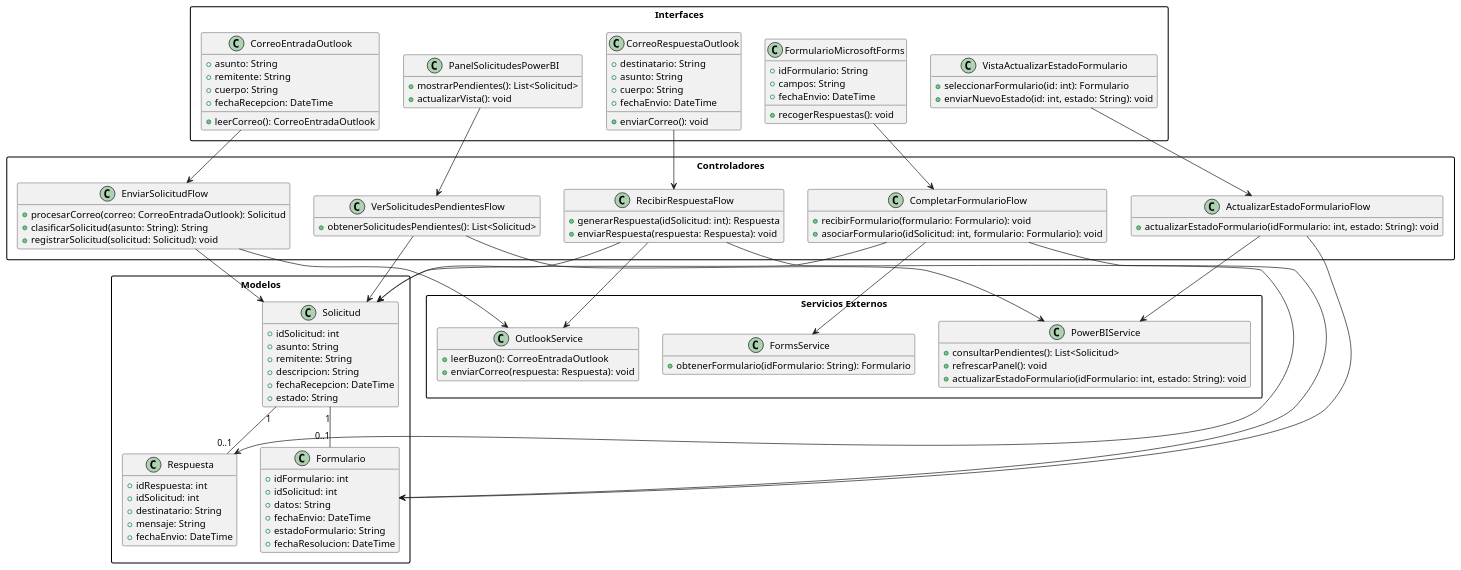
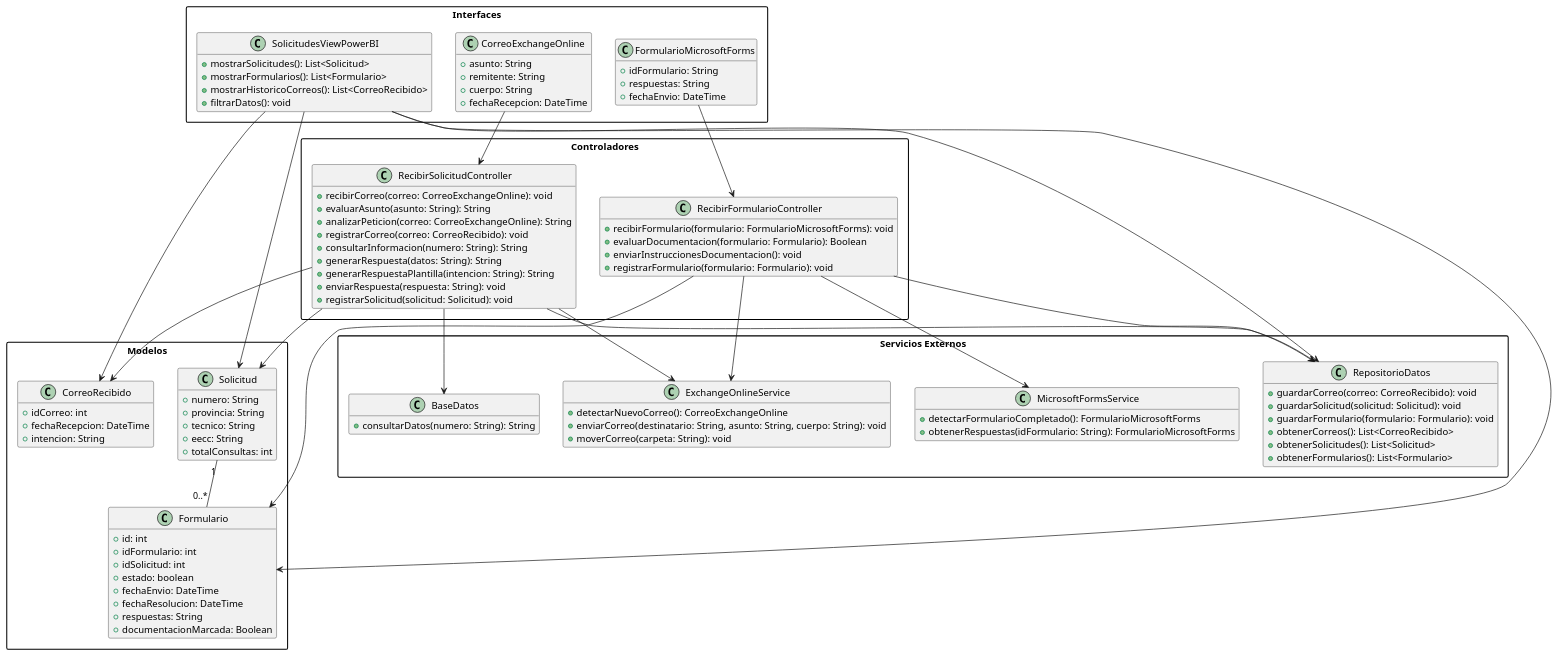
The diagram in Estudiantes/jorge-otero/capitulo3/DdC_Diseno/codigo/Diagrama_Clases_Diseno.puml (ceesargaarcia/GII-TFG-2026), drawn with PlantUML before and after one commit. The commit also changed 24 other files, not shown here.

Commit message:
Diagramas de Secuencia

```diff
--- a/Estudiantes/jorge-otero/capitulo3/DdC_Diseno/codigo/Diagrama_Clases_Diseno.puml
+++ b/Estudiantes/jorge-otero/capitulo3/DdC_Diseno/codigo/Diagrama_Clases_Diseno.puml
@@ -1,139 +1,129 @@
 @startuml Diagrama_Clases_Diseno
+
 top to bottom direction
 skinparam packageStyle rectangle
 hide empty members
 
 package "Interfaces" {
 
-  class CorreoEntradaOutlook {
+  class CorreoExchangeOnline {
     + asunto: String
     + remitente: String
     + cuerpo: String
     + fechaRecepcion: DateTime
-    + leerCorreo(): CorreoEntradaOutlook
-  }
-
-  class CorreoRespuestaOutlook {
-    + destinatario: String
-    + asunto: String
-    + cuerpo: String
-    + fechaEnvio: DateTime
-    + enviarCorreo(): void
   }
 
   class FormularioMicrosoftForms {
     + idFormulario: String
-    + campos: String
+    + respuestas: String
     + fechaEnvio: DateTime
-    + recogerRespuestas(): void
   }
 
-  class PanelSolicitudesPowerBI {
-    + mostrarPendientes(): List<Solicitud>
-    + actualizarVista(): void
-  }
-
-  class VistaActualizarEstadoFormulario {
-    + seleccionarFormulario(id: int): Formulario
-    + enviarNuevoEstado(id: int, estado: String): void
+  class SolicitudesViewPowerBI {
+    + mostrarSolicitudes(): List<Solicitud>
+    + mostrarFormularios(): List<Formulario>
+    + mostrarHistoricoCorreos(): List<CorreoRecibido>
+    + filtrarDatos(): void
   }
 }
 
 package "Controladores" {
 
-  class EnviarSolicitudFlow {
-    + procesarCorreo(correo: CorreoEntradaOutlook): Solicitud
-    + clasificarSolicitud(asunto: String): String
+  class RecibirSolicitudController {
+    + recibirCorreo(correo: CorreoExchangeOnline): void
+    + evaluarAsunto(asunto: String): String
+    + analizarPeticion(correo: CorreoExchangeOnline): String
+    + registrarCorreo(correo: CorreoRecibido): void
+    + consultarInformacion(numero: String): String
+    + generarRespuesta(datos: String): String
+    + generarRespuestaPlantilla(intencion: String): String
+    + enviarRespuesta(respuesta: String): void
     + registrarSolicitud(solicitud: Solicitud): void
   }
 
-  class RecibirRespuestaFlow {
-    + generarRespuesta(idSolicitud: int): Respuesta
-    + enviarRespuesta(respuesta: Respuesta): void
-  }
-
-  class CompletarFormularioFlow {
-    + recibirFormulario(formulario: Formulario): void
-    + asociarFormulario(idSolicitud: int, formulario: Formulario): void
-  }
-
-  class VerSolicitudesPendientesFlow {
-    + obtenerSolicitudesPendientes(): List<Solicitud>
-  }
-
-  class ActualizarEstadoFormularioFlow {
-    + actualizarEstadoFormulario(idFormulario: int, estado: String): void
+  class RecibirFormularioController {
+    + recibirFormulario(formulario: FormularioMicrosoftForms): void
+    + evaluarDocumentacion(formulario: Formulario): Boolean
+    + enviarInstruccionesDocumentacion(): void
+    + registrarFormulario(formulario: Formulario): void
   }
 }
 
 package "Modelos" {
 
+  class CorreoRecibido {
+    + idCorreo: int
+    + fechaRecepcion: DateTime
+    + intencion: String
+  }
+
   class Solicitud {
-    + idSolicitud: int
-    + asunto: String
-    + remitente: String
-    + descripcion: String
-    + fechaRecepcion: DateTime
-    + estado: String
+    + numero: String
+    + provincia: String
+    + tecnico: String
+    + eecc: String
+    + totalConsultas: int
   }
 
   class Formulario {
+    + id: int
     + idFormulario: int
     + idSolicitud: int
-    + datos: String
+    + estado: boolean
     + fechaEnvio: DateTime
-    + estadoFormulario: String
     + fechaResolucion: DateTime
-  }
-
-  class Respuesta {
-    + idRespuesta: int
-    + idSolicitud: int
-    + destinatario: String
-    + mensaje: String
-    + fechaEnvio: DateTime
+    + respuestas: String
+    + documentacionMarcada: Boolean
   }
 }
 
 package "Servicios Externos" {
 
-  class OutlookService {
-    + leerBuzon(): CorreoEntradaOutlook
-    + enviarCorreo(respuesta: Respuesta): void
+  class ExchangeOnlineService {
+    + detectarNuevoCorreo(): CorreoExchangeOnline
+    + enviarCorreo(destinatario: String, asunto: String, cuerpo: String): void
+    + moverCorreo(carpeta: String): void
   }
 
-  class FormsService {
-    + obtenerFormulario(idFormulario: String): Formulario
+  class MicrosoftFormsService {
+    + detectarFormularioCompletado(): FormularioMicrosoftForms
+    + obtenerRespuestas(idFormulario: String): FormularioMicrosoftForms
   }
 
-  class PowerBIService {
-    + consultarPendientes(): List<Solicitud>
-    + refrescarPanel(): void
-    + actualizarEstadoFormulario(idFormulario: int, estado: String): void
+  class BaseDatos {
+    + consultarDatos(numero: String): String
+  }
+
+  class RepositorioDatos {
+    + guardarCorreo(correo: CorreoRecibido): void
+    + guardarSolicitud(solicitud: Solicitud): void
+    + guardarFormulario(formulario: Formulario): void
+    + obtenerCorreos(): List<CorreoRecibido>
+    + obtenerSolicitudes(): List<Solicitud>
+    + obtenerFormularios(): List<Formulario>
   }
 }
 
-CorreoEntradaOutlook --> EnviarSolicitudFlow
-CorreoRespuestaOutlook --> RecibirRespuestaFlow
-FormularioMicrosoftForms --> CompletarFormularioFlow
-PanelSolicitudesPowerBI --> VerSolicitudesPendientesFlow
-VistaActualizarEstadoFormulario --> ActualizarEstadoFormularioFlow
+CorreoExchangeOnline --> RecibirSolicitudController
+FormularioMicrosoftForms --> RecibirFormularioController
 
-EnviarSolicitudFlow --> Solicitud
-RecibirRespuestaFlow --> Solicitud
-RecibirRespuestaFlow --> Respuesta
-CompletarFormularioFlow --> Formulario
-CompletarFormularioFlow --> Solicitud
-VerSolicitudesPendientesFlow --> Solicitud
-ActualizarEstadoFormularioFlow --> Formulario
+RecibirSolicitudController --> CorreoRecibido
+RecibirSolicitudController --> Solicitud
+RecibirFormularioController --> Formulario
 
-Solicitud "1" -- "0..1" Formulario
-Solicitud "1" -- "0..1" Respuesta
+RecibirSolicitudController --> ExchangeOnlineService
+RecibirSolicitudController --> BaseDatos
+RecibirSolicitudController --> RepositorioDatos
 
-EnviarSolicitudFlow --> OutlookService
-RecibirRespuestaFlow --> OutlookService
-CompletarFormularioFlow --> FormsService
-VerSolicitudesPendientesFlow --> PowerBIService
-ActualizarEstadoFormularioFlow --> PowerBIService
+RecibirFormularioController --> MicrosoftFormsService
+RecibirFormularioController --> ExchangeOnlineService
+RecibirFormularioController --> RepositorioDatos
+
+Solicitud "1" -- "0..*" Formulario
+
+SolicitudesViewPowerBI --> RepositorioDatos
+SolicitudesViewPowerBI --> Solicitud
+SolicitudesViewPowerBI --> Formulario
+SolicitudesViewPowerBI --> CorreoRecibido
 
 @enduml
```
